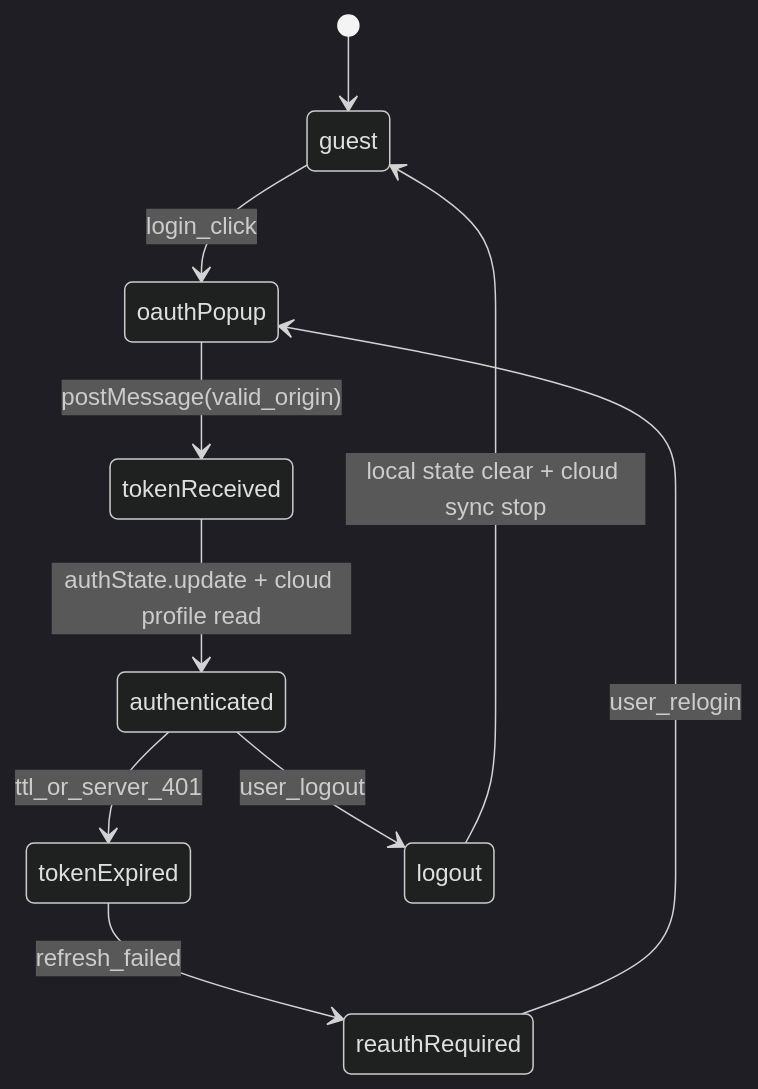
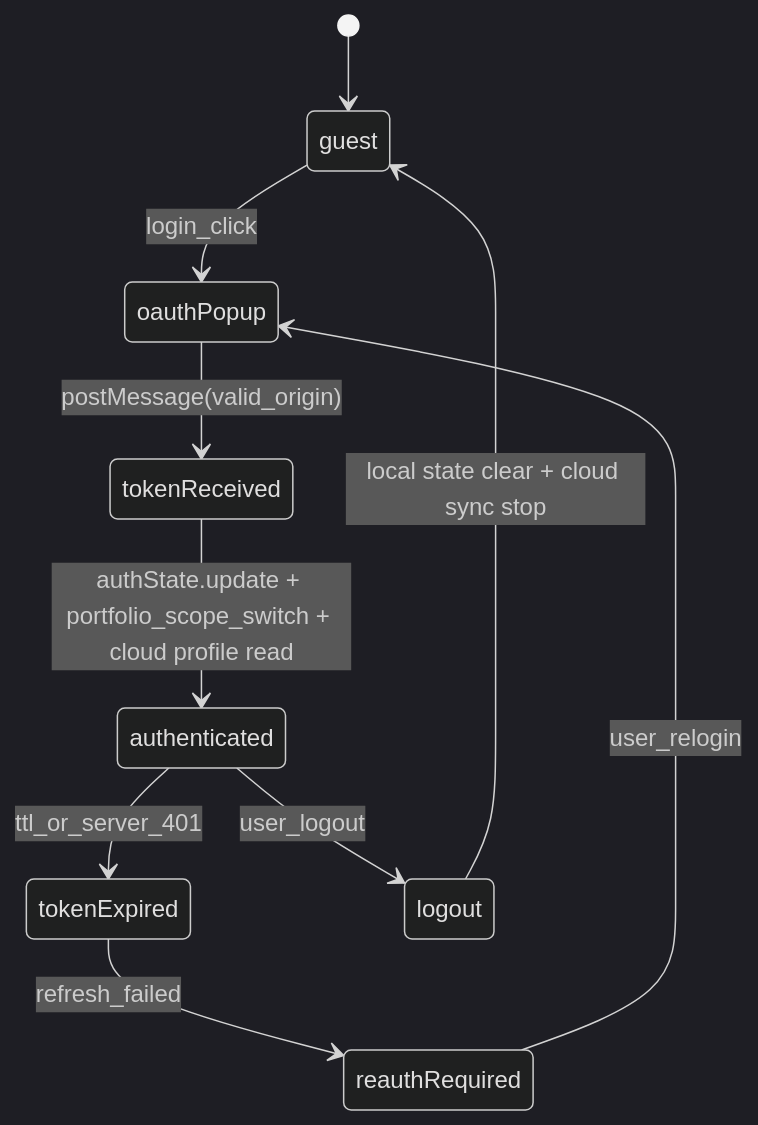
Before and after one commit to aoponomarev/mmb: the diagram in docs/ais/ais-auth-lifecycle.md, drawn with Mermaid (dark theme). The commit also changed other lines of this file and 20 other files, not shown here.

First line of the commit message:
docs(portfolio): sync AIS and skills with cloud portfolio flow

````diff
--- a/docs/ais/ais-auth-lifecycle.md
+++ b/docs/ais/ais-auth-lifecycle.md
@@ -25,12 +26,12 @@
 ```mermaid
 stateDiagram-v2
     [*] --> guest
     guest --> oauthPopup: login_click
     oauthPopup --> tokenReceived: postMessage(valid_origin)
-    tokenReceived --> authenticated: authState.update + cloud profile read
+    tokenReceived --> authenticated: authState.update + portfolio_scope_switch + cloud profile read
     authenticated --> tokenExpired: ttl_or_server_401
     tokenExpired --> reauthRequired: refresh_failed
     reauthRequired --> oauthPopup: user_relogin
     authenticated --> logout: user_logout
     logout --> guest: local state clear + cloud sync stop
 ```
````
